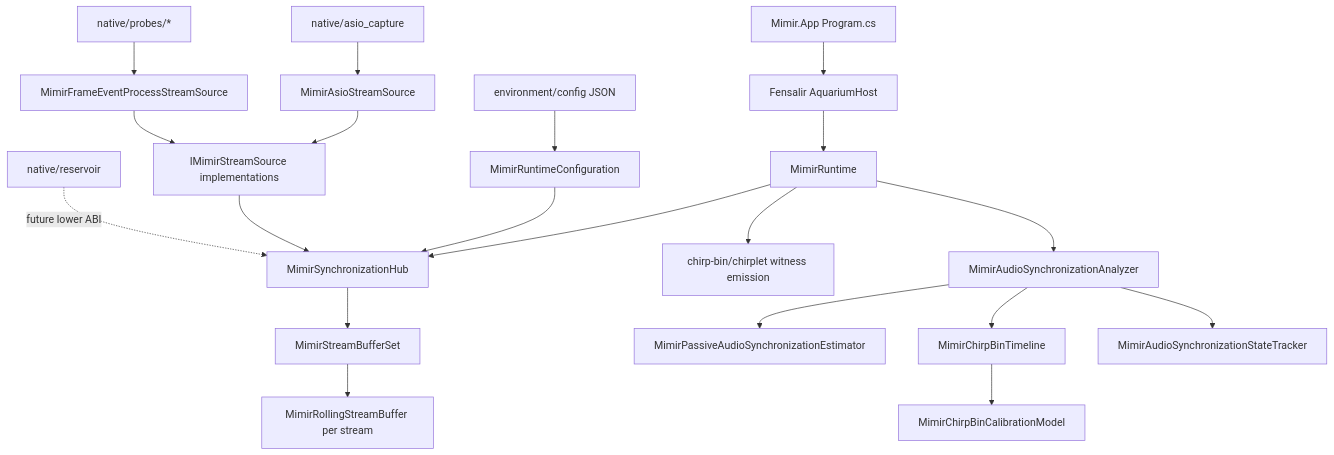
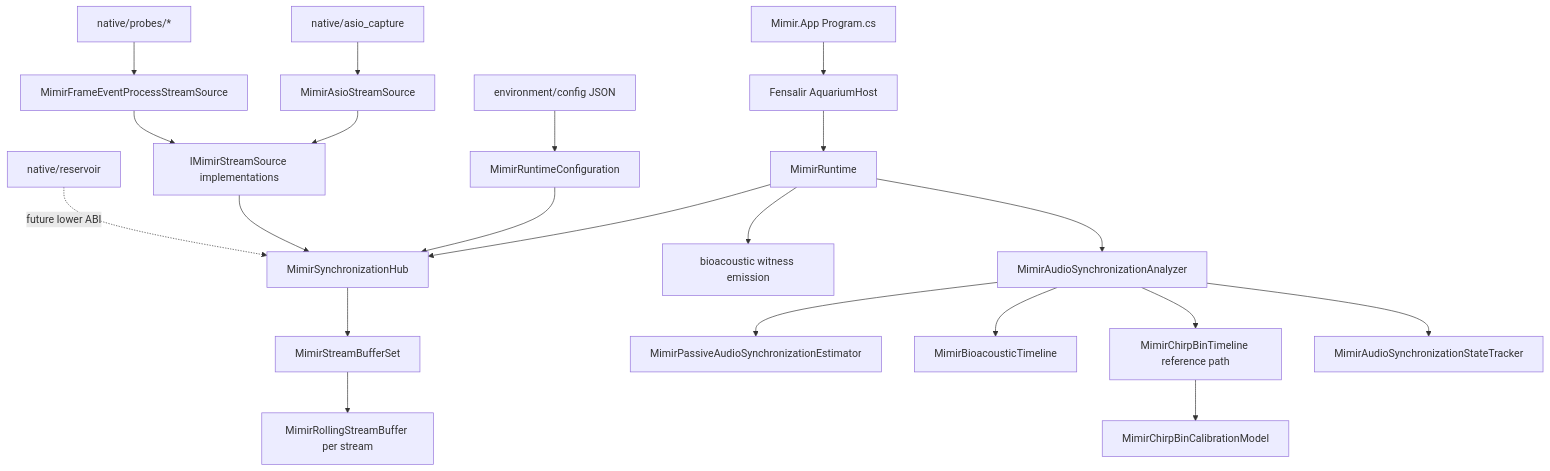
One commit to GameCult/Mimir changed the diagram in docs/code-algorithm-map.md. Above: the diagram before and after it, drawn with Mermaid. The commit also changed other lines of this file and 11 other files, not shown here.

````diff
--- a/docs/code-algorithm-map.md
+++ b/docs/code-algorithm-map.md
@@ -60,22 +60,23 @@
 ```mermaid
 flowchart TD
     App["Mimir.App Program.cs"] --> Host["Fensalir AquariumHost"]
     Host --> Runtime["MimirRuntime"]
     Runtime --> Hub["MimirSynchronizationHub"]
     Config["MimirRuntimeConfiguration"] --> Hub
     Env["environment/config JSON"] --> Config
     Sources["IMimirStreamSource implementations"] --> Hub
     Hub --> Buffers["MimirStreamBufferSet"]
     Buffers --> Rolling["MimirRollingStreamBuffer per stream"]
-    Runtime --> AudioEmit["chirp-bin/chirplet witness emission"]
+    Runtime --> AudioEmit["bioacoustic witness emission"]
     Runtime --> Analyzer["MimirAudioSynchronizationAnalyzer"]
     Analyzer --> Passive["MimirPassiveAudioSynchronizationEstimator"]
-    Analyzer --> ChirpBin["MimirChirpBinTimeline"]
+    Analyzer --> Bioacoustic["MimirBioacousticTimeline"]
+    Analyzer --> ChirpBin["MimirChirpBinTimeline reference path"]
     ChirpBin --> Calibration["MimirChirpBinCalibrationModel"]
     Analyzer --> State["MimirAudioSynchronizationStateTracker"]
     NativeAsio["native/asio_capture"] --> AsioSource["MimirAsioStreamSource"]
     AsioSource --> Sources
     Probes["native/probes/*"] --> FrameEvents["MimirFrameEventProcessStreamSource"]
     FrameEvents --> Sources
     Reservoir["native/reservoir"] -. "future lower ABI" .-> Hub
 ```
````
